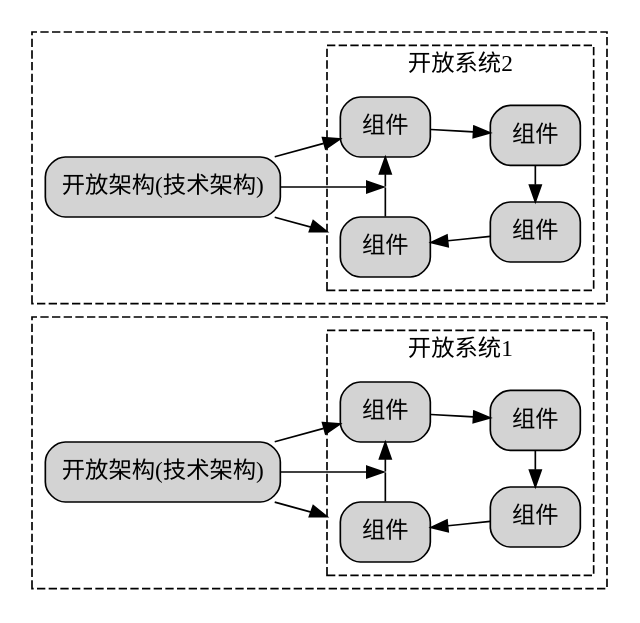
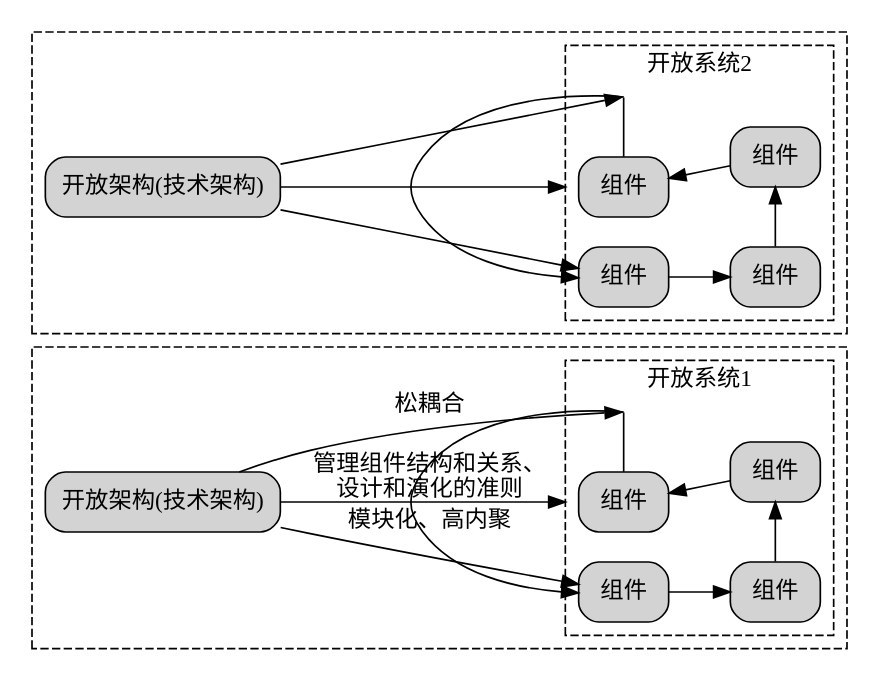
One commit to chaozhang2000/soa changed the diagram in parts/definition1.dot. Above: the diagram before and after it, drawn with Graphviz. The commit also changed 2 other files, not shown here.

```diff
--- a/parts/definition1.dot
+++ b/parts/definition1.dot
@@ -1,63 +1,63 @@
 digraph G {
   graph [rankdir=LR,compound=true];
   node [shape=box, style="rounded,filled"];
   
   subgraph cluster1{
     label="";
 	style = dashed;
     
     subgraph cluster_system1{
       label="开放系统1"
       node1[label="组件"]
       node2[label="组件"] 
       node3[label="组件"]
       node4[label="组件"]
       
       // 创建不可见节点
       invis_node1 [shape=point, width=0, height=0, label=""]
       
       // 重新连接节点，在node1和node2之间插入不可见节点
       node1 -> node2
       node2 -> node3
       node3 -> node4
       node4 -> invis_node1 [dir=none]  // dir=none 表示没有箭头
       invis_node1 -> node1
       
       {rank=same;node1;node4;invis_node1}
       {rank=same;node2;node3}
     }
   TA1[label="开放架构(技术架构)"]
-  TA1->node1
-  TA1->invis_node1
-  TA1->node4[lhead="cluster_system1"]
+  TA1->node1[label="模块化、高内聚"]
+  TA1->invis_node1[label="松耦合"]
+  TA1->node4[label="管理组件结构和关系、\n设计和演化的准则",lhead="cluster_system1"]
 }
   subgraph cluster2{
     label="";
 	style = dashed;
     
     subgraph cluster_system2{
       label="开放系统2"
       node5[label="组件"]
       node6[label="组件"] 
       node7[label="组件"]
       node8[label="组件"]
       
       // 创建不可见节点
       invis_node2 [shape=point, width=0, height=0, label=""]
       
       // 重新连接节点，在node5和node6之间插入不可见节点
       node5 -> node6
       node6 -> node7
       node7 -> node8
       node8 -> invis_node2 [dir=none]  // dir=none 表示没有箭头
       invis_node2 -> node5
       
       {rank=same;node5;node8;invis_node2}
       {rank=same;node6;node7}
     }
   TA2[label="开放架构(技术架构)"]
   TA2->node5
   TA2->invis_node2
   TA2->node8[lhead="cluster_system2"]
   }
 }
```
